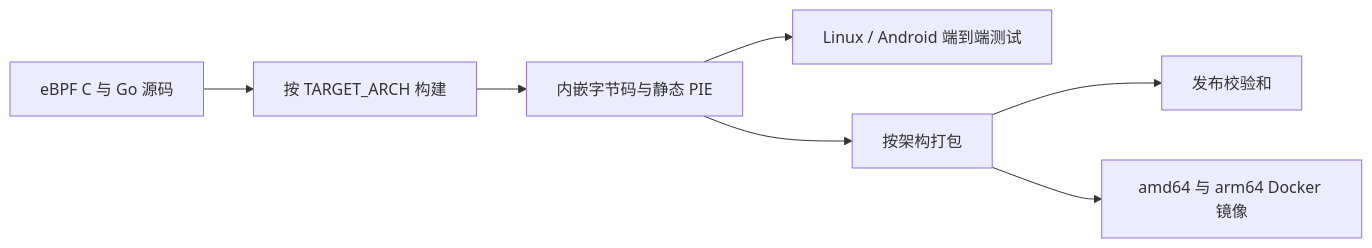
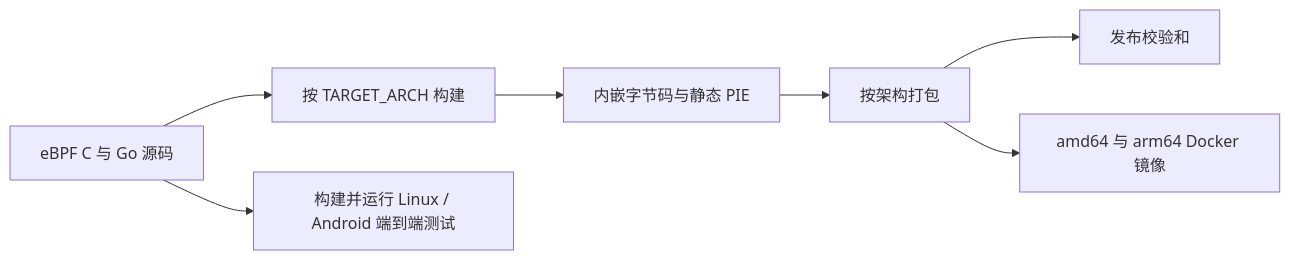
One commit to gojue/ecapture.cc changed the diagram in src/zh/6-build-testing-and-release/index.md. Above: the diagram before and after it, drawn with Mermaid. The commit also changed other lines of this file and 67 other files, not shown here.

````diff
--- a/src/zh/6-build-testing-and-release/index.md
+++ b/src/zh/6-build-testing-and-release/index.md
@@ -5,9 +5,9 @@
 ```mermaid
 flowchart LR
     C["eBPF C 与 Go 源码"] --> B["按 TARGET_ARCH 构建"]
     B --> A["内嵌字节码与静态 PIE"]
-    A --> T["Linux / Android 端到端测试"]
+    C --> T["构建并运行 Linux / Android 端到端测试"]
     A --> P["按架构打包"]
     P --> R["发布校验和"]
     P --> D["amd64 与 arm64 Docker 镜像"]
 ```
````
